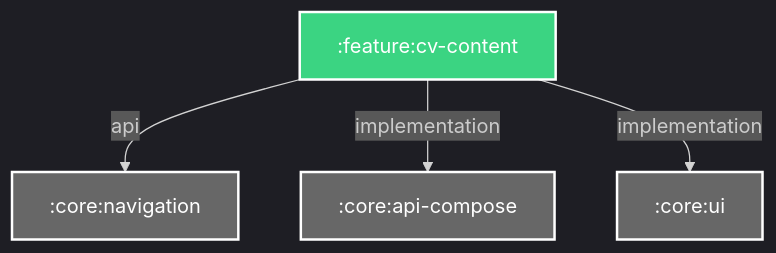
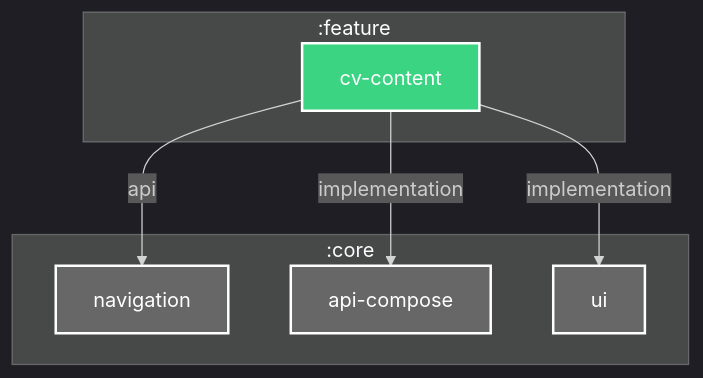
The diagram in feature/cv-content/README.md (Dussim/cv-app), drawn with Mermaid before and after one commit. The commit also changed 24 other files, not shown here.

Commit message:
Update READMEs with module hierarchy graphs, refactor Gradle configurations, and bump dependencies

````diff
--- a/feature/cv-content/README.md
+++ b/feature/cv-content/README.md
@@ -3,20 +3,29 @@
 ```mermaid
 %%{
   init: {
     'theme': 'dark'
   }
 }%%
 
 graph TB
+  subgraph :feature
+    :feature:cv-content["cv-content"]
+  end
+  subgraph :core
+    :core:navigation["navigation"]
+    :core:api-compose["api-compose"]
+    :core:ui["ui"]
+  end
+
   :feature:cv-content -- api --> :core:navigation
   :feature:cv-content -- implementation --> :core:api-compose
   :feature:cv-content -- implementation --> :core:ui
 
 classDef android-library fill:#3BD482,stroke:#fff,stroke-width:2px,color:#fff;
 classDef unknown fill:#676767,stroke:#fff,stroke-width:2px,color:#fff;
 class :feature:cv-content android-library
 class :core:navigation unknown
 class :core:api-compose unknown
 class :core:ui unknown
 
 ```
````
